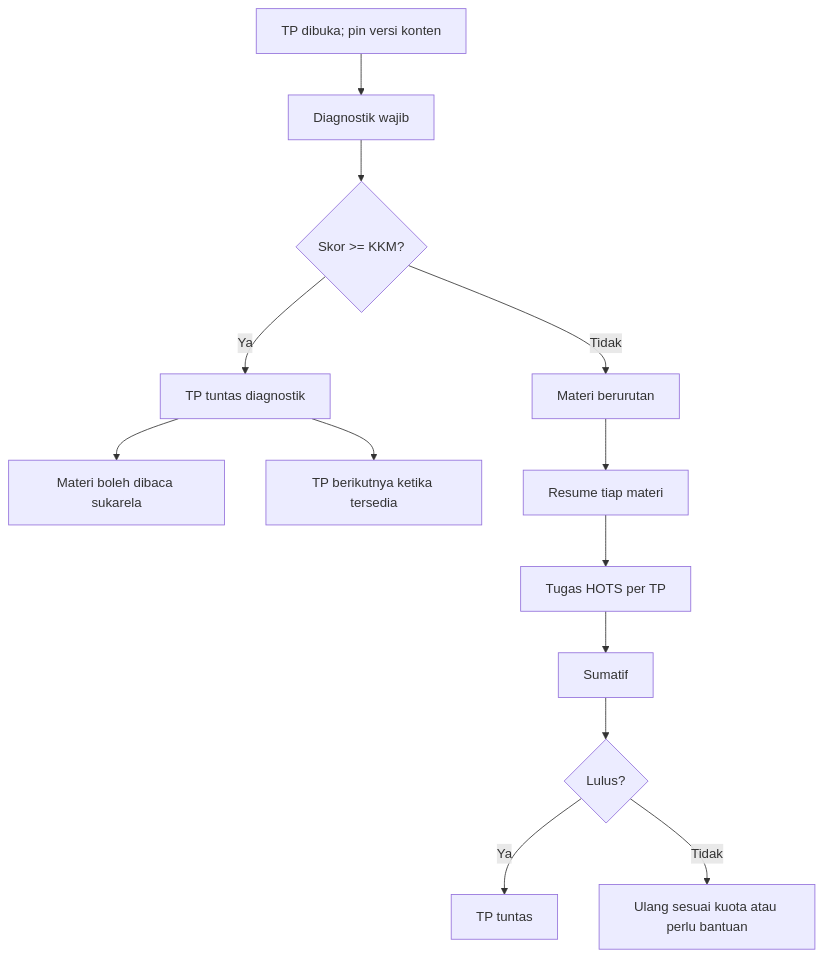
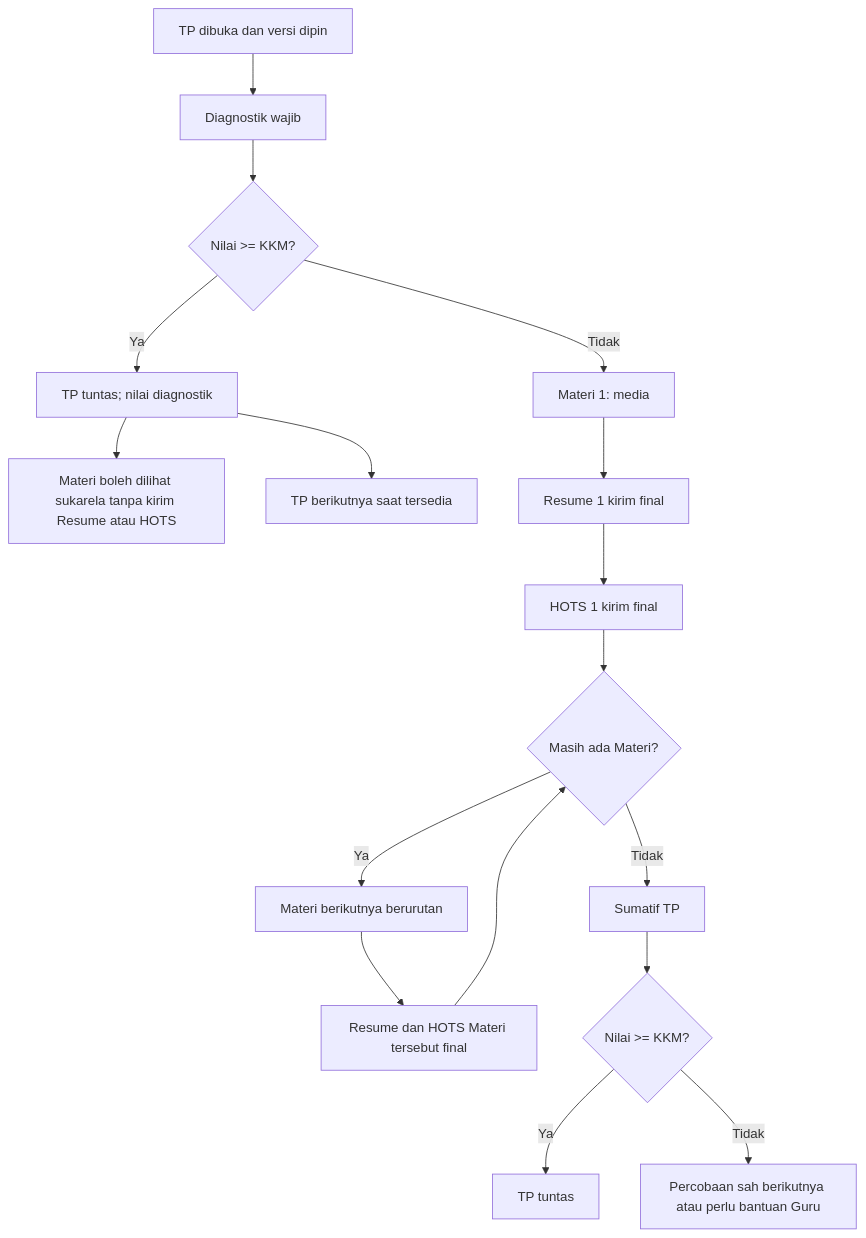
The diagram in docs/06-ALUR-PEMBELAJARAN.md (Al-Faroz/SLA-SKS), drawn with Mermaid before and after one commit. The commit also changed other lines of this file, not shown here.

Commit message:
docs(v2.4): tetapkan CP-ATP-TP-Materi dan impor Excel/Word

````diff
--- a/docs/06-ALUR-PEMBELAJARAN.md
+++ b/docs/06-ALUR-PEMBELAJARAN.md
@@ -9,15 +9,19 @@
 ```mermaid
 flowchart TD
- A[TP dibuka; pin versi konten] --> B[Diagnostik wajib]
- B --> C{Skor >= KKM?}
- C -->|Ya| D[TP tuntas diagnostik]
- D --> E[Materi boleh dibaca sukarela]
- D --> F[TP berikutnya ketika tersedia]
- C -->|Tidak| G[Materi berurutan]
- G --> H[Resume tiap materi]
- H --> I[Tugas HOTS per TP]
- I --> J[Sumatif]
- J --> K{Lulus?}
- K -->|Ya| L[TP tuntas]
- K -->|Tidak| M[Ulang sesuai kuota atau perlu bantuan]
+ A[TP dibuka dan versi dipin] --> B[Diagnostik wajib]
+ B --> C{Nilai >= KKM?}
+ C -->|Ya| D[TP tuntas; nilai diagnostik]
+ D --> E[Materi boleh dilihat sukarela tanpa kirim Resume atau HOTS]
+ D --> F[TP berikutnya saat tersedia]
+ C -->|Tidak| G[Materi 1: media]
+ G --> H[Resume 1 kirim final]
+ H --> I[HOTS 1 kirim final]
+ I --> J{Masih ada Materi?}
+ J -->|Ya| K[Materi berikutnya berurutan]
+ K --> H2[Resume dan HOTS Materi tersebut final]
+ H2 --> J
+ J -->|Tidak| L[Sumatif TP]
+ L --> M{Nilai >= KKM?}
+ M -->|Ya| N[TP tuntas]
+ M -->|Tidak| O[Percobaan sah berikutnya atau perlu bantuan Guru]
 ```
````
